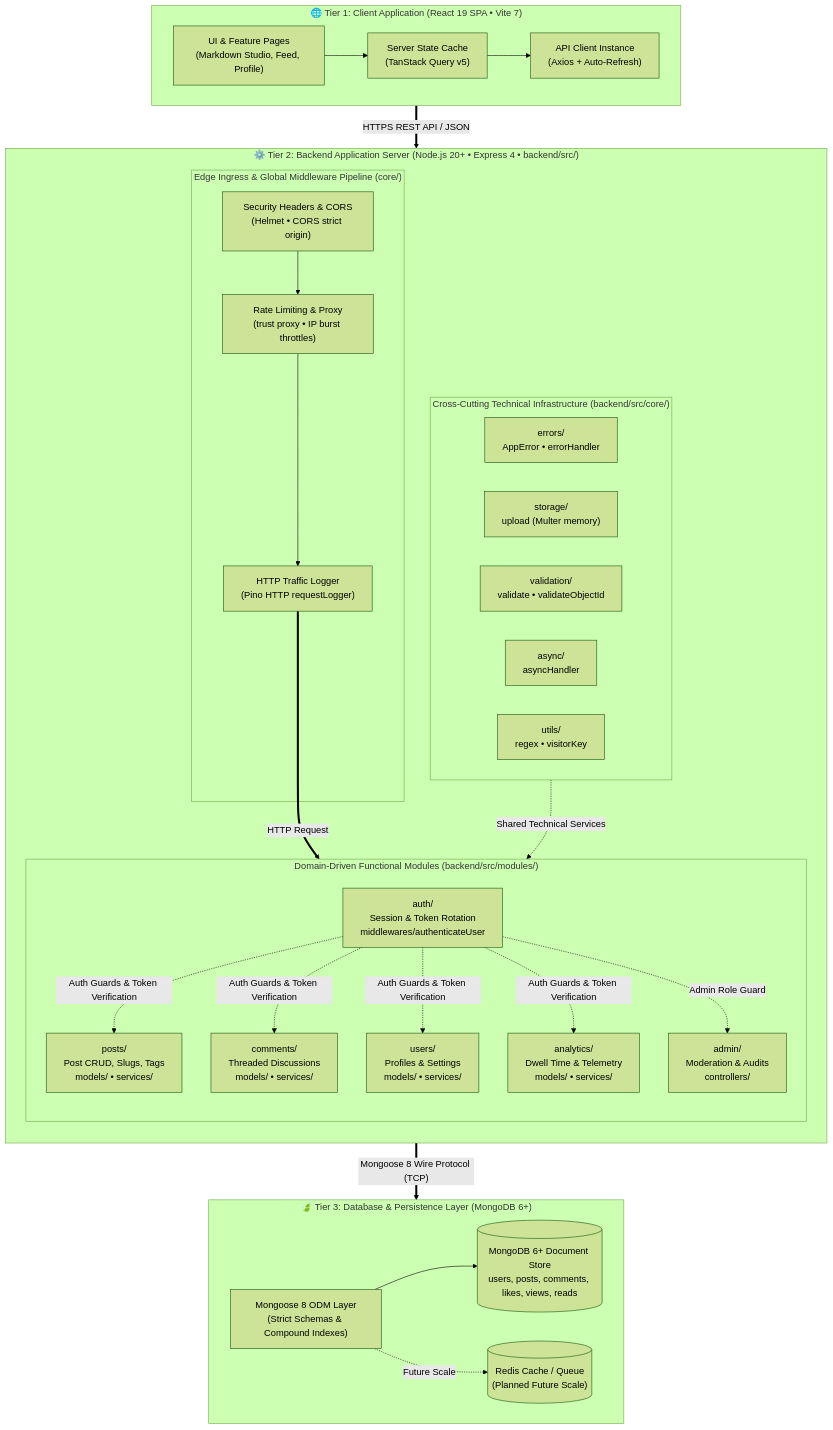
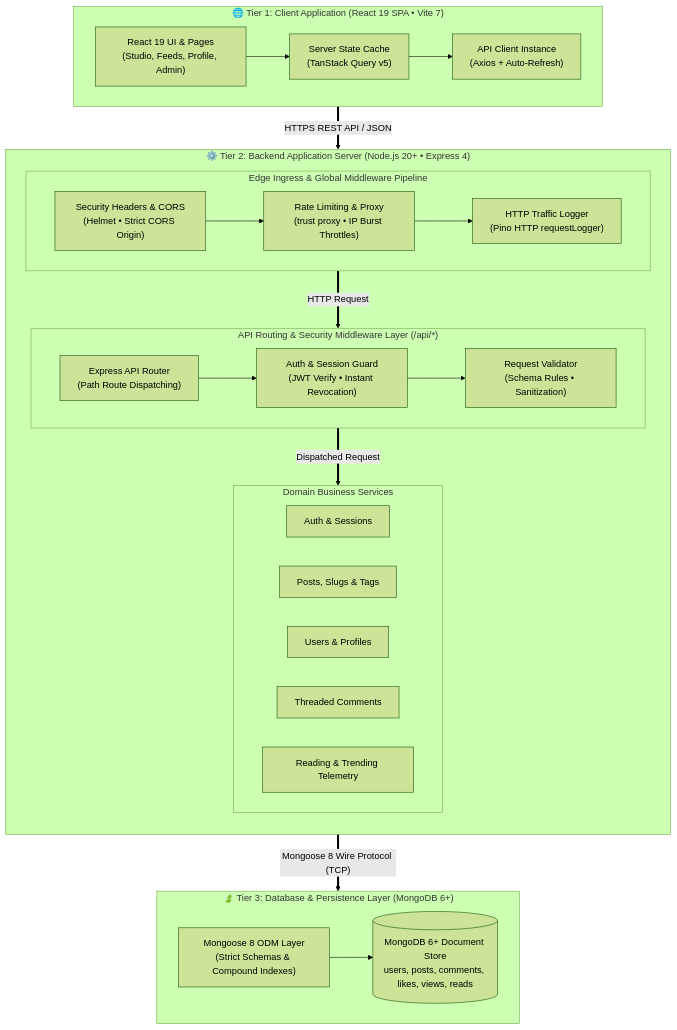
The first of 4 diagrams in ARCHITECTURE.md (Purvesh-PJ/bloghub), drawn with Mermaid (forest theme) before and after one commit.

Commit message:
docs(architecture): streamline Tier 2 HLD diagram to reflect real router flow and remove clutter

````diff
--- a/ARCHITECTURE.md
+++ b/ARCHITECTURE.md
@@ -31,74 +31,64 @@
 ```mermaid
 flowchart TD
     %% ===================================================
     %% TIER 1: CLIENT TIER (React 19 SPA)
     %% ===================================================
     subgraph Tier1["🌐 Tier 1: Client Application (React 19 SPA • Vite 7)"]
         direction LR
-        UI["UI & Feature Pages<br/>(Markdown Studio, Feed, Profile)"]
+        UI["React 19 UI & Pages<br/>(Studio, Feeds, Profile, Admin)"]
         Cache["Server State Cache<br/>(TanStack Query v5)"]
         Http["API Client Instance<br/>(Axios + Auto-Refresh)"]
         UI --> Cache --> Http
     end
 
     %% Network Transport Boundary
     Http ==>|"HTTPS REST API / JSON"| Ingress
 
     %% ===================================================
     %% TIER 2: SERVER APPLICATION TIER (Express 4)
     %% ===================================================
-    subgraph Tier2["⚙️ Tier 2: Backend Application Server (Node.js 20+ • Express 4 • backend/src/)"]
+    subgraph Tier2["⚙️ Tier 2: Backend Application Server (Node.js 20+ • Express 4)"]
         direction TB
 
-        subgraph IngressLayer["Edge Ingress & Global Middleware Pipeline (core/)"]
-            Ingress["Security Headers & CORS<br/>(Helmet • CORS strict origin)"]
-            RateLimit["Rate Limiting & Proxy<br/>(trust proxy • IP burst throttles)"]
+        subgraph IngressPipeline["Edge Ingress & Global Middleware Pipeline"]
+            direction LR
+            Ingress["Security Headers & CORS<br/>(Helmet • Strict CORS Origin)"]
+            RateLimit["Rate Limiting & Proxy<br/>(trust proxy • IP Burst Throttles)"]
             Logging["HTTP Traffic Logger<br/>(Pino HTTP requestLogger)"]
             Ingress --> RateLimit --> Logging
         end
 
-        subgraph CoreInfra["Cross-Cutting Technical Infrastructure (backend/src/core/)"]
+        subgraph RoutingGuards["API Routing & Security Middleware Layer (/api/*)"]
             direction LR
-            Errors["errors/<br/>AppError • errorHandler"]
-            Storage["storage/<br/>upload (Multer memory)"]
-            Validation["validation/<br/>validate • validateObjectId"]
-            Async["async/<br/>asyncHandler"]
-            Utils["utils/<br/>regex • visitorKey"]
+            Router["Express API Router<br/>(Path Route Dispatching)"]
+            AuthGuard["Auth & Session Guard<br/>(JWT Verify • Instant Revocation)"]
+            Validation["Request Validator<br/>(Schema Rules • Sanitization)"]
+            Router --> AuthGuard --> Validation
         end
 
-        subgraph ModulesLayer["Domain-Driven Functional Modules (backend/src/modules/)"]
-            direction TB
-            AuthMod["auth/<br/>Session & Token Rotation<br/>middlewares/authenticateUser"]
-            PostMod["posts/<br/>Post CRUD, Slugs, Tags<br/>models/ • services/"]
-            CommentMod["comments/<br/>Threaded Discussions<br/>models/ • services/"]
-            UserMod["users/<br/>Profiles & Settings<br/>models/ • services/"]
-            AnalyticsMod["analytics/<br/>Dwell Time & Telemetry<br/>models/ • services/"]
-            AdminMod["admin/<br/>Moderation & Audits<br/>controllers/"]
+        subgraph DomainServices["Domain Business Services"]
+            direction LR
+            AuthSvc["Auth & Sessions"]
+            PostSvc["Posts, Slugs & Tags"]
+            UserSvc["Users & Profiles"]
+            CommentSvc["Threaded Comments"]
+            AnalyticsSvc["Reading & Trending Telemetry"]
         end
 
-        Logging ==>|"HTTP Request"| AuthMod
-        AuthMod -.->|"Auth Guards & Token Verification"| PostMod
-        AuthMod -.->|"Auth Guards & Token Verification"| CommentMod
-        AuthMod -.->|"Auth Guards & Token Verification"| UserMod
-        AuthMod -.->|"Auth Guards & Token Verification"| AnalyticsMod
-        AuthMod -.->|"Admin Role Guard"| AdminMod
-
-        CoreInfra -.->|"Shared Technical Services"| ModulesLayer
+        Logging ==>|"HTTP Request"| Router
+        Validation ==>|"Dispatched Request"| DomainServices
     end
 
     %% Database Transport Boundary
-    ModulesLayer ==>|"Mongoose 8 Wire Protocol (TCP)"| ODM
+    DomainServices ==>|"Mongoose 8 Wire Protocol (TCP)"| ODM
 
     %% ===================================================
     %% TIER 3: DATABASE TIER (MongoDB 6+)
     %% ===================================================
     subgraph Tier3["🍃 Tier 3: Database & Persistence Layer (MongoDB 6+)"]
         direction LR
         ODM["Mongoose 8 ODM Layer<br/>(Strict Schemas & Compound Indexes)"]
         DB[("MongoDB 6+ Document Store<br/>users, posts, comments, likes, views, reads")]
-        Redis[("Redis Cache / Queue<br/>(Planned Future Scale)")]
-
         ODM --> DB
-        ODM -.->|"Future Scale"| Redis
     end
 ```
````
